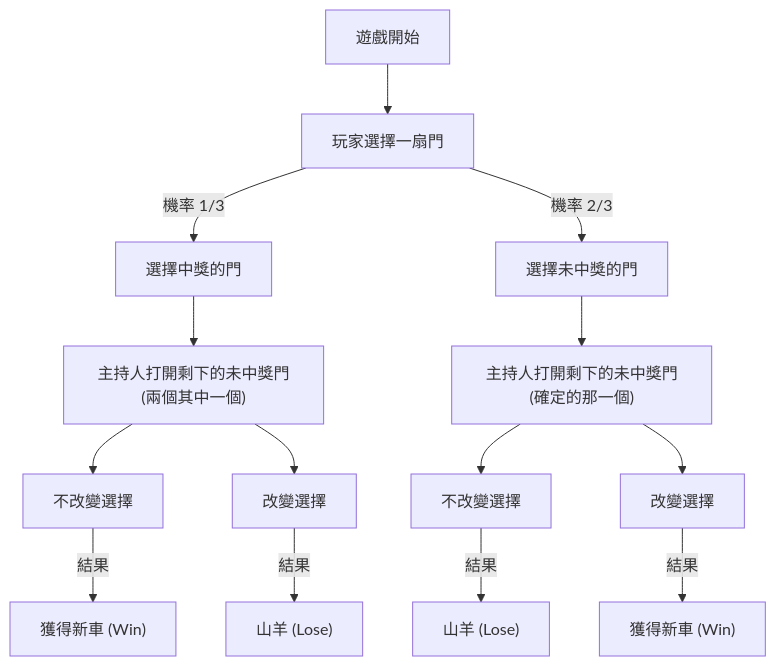
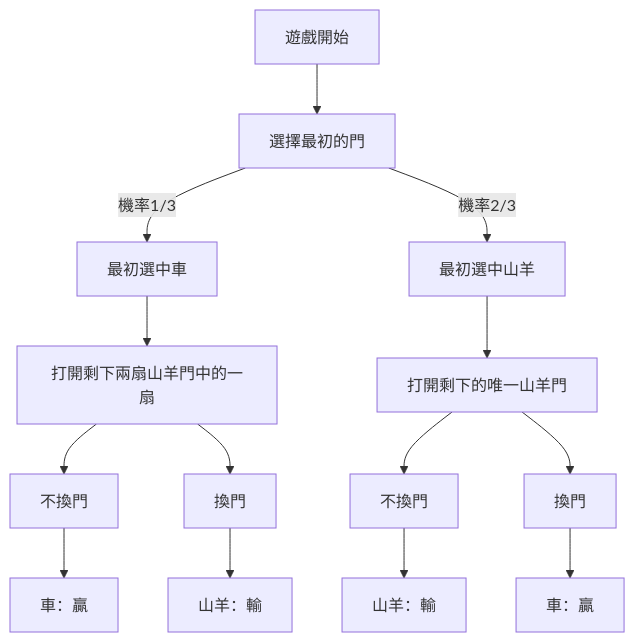
Before and after one commit to kenjinote/blog: the first of 2 diagrams in content/post/paradox-monty-hall-problem/index.zh-tw.md, drawn with Mermaid. The commit also changed other lines of this file and 8 other files, not shown here.

````diff
--- a/content/post/paradox-monty-hall-problem/index.zh-tw.md
+++ b/content/post/paradox-monty-hall-problem/index.zh-tw.md
@@ -97,21 +53,16 @@
 ```mermaid
 flowchart TD
-    Start["遊戲開始"] --> Choose["玩家選擇一扇門"]
-    Choose -- "機率 1/3" --> ChooseCar["選擇中獎的門"]
-    Choose -- "機率 2/3" --> ChooseGoat["選擇未中獎的門"]
-    
-    ChooseCar --> MontyOpensGoat1["主持人打開剩下的未中獎門(兩個其中一個)"]
-    ChooseGoat --> MontyOpensGoat2["主持人打開剩下的未中獎門(確定的那一個)"]
-    
-    MontyOpensGoat1 --> Stay1["不改變選擇"]
-    MontyOpensGoat1 --> Switch1["改變選擇"]
-    
-    MontyOpensGoat2 --> Stay2["不改變選擇"]
-    MontyOpensGoat2 --> Switch2["改變選擇"]
-    
-    Stay1 -- "結果" --> Win1["獲得新車 (Win)"]
-    Switch1 -- "結果" --> Lose1["山羊 (Lose)"]
-    
-    Stay2 -- "結果" --> Lose2["山羊 (Lose)"]
-    Switch2 -- "結果" --> Win2["獲得新車 (Win)"]
+    Start["遊戲開始"] --> Choose["選擇最初的門"]
+    Choose -- "機率1/3" --> ChooseCar["最初選中車"]
+    Choose -- "機率2/3" --> ChooseGoat["最初選中山羊"]
+    ChooseCar --> MontyOpensGoat1["打開剩下兩扇山羊門中的一扇"]
+    ChooseGoat --> MontyOpensGoat2["打開剩下的唯一山羊門"]
+    MontyOpensGoat1 --> Stay1["不換門"]
+    MontyOpensGoat1 --> Switch1["換門"]
+    MontyOpensGoat2 --> Stay2["不換門"]
+    MontyOpensGoat2 --> Switch2["換門"]
+    Stay1 --> Win1["車：贏"]
+    Switch1 --> Lose1["山羊：輸"]
+    Stay2 --> Lose2["山羊：輸"]
+    Switch2 --> Win2["車：贏"]
 ```
````
